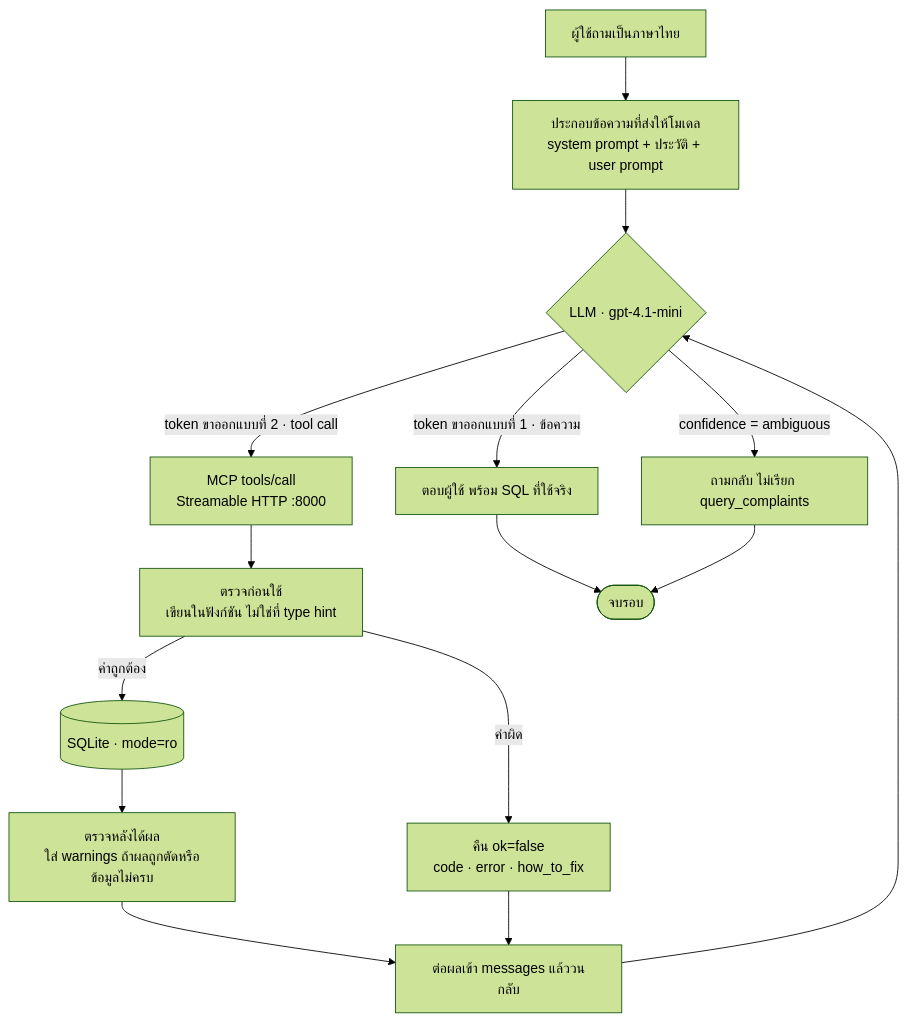
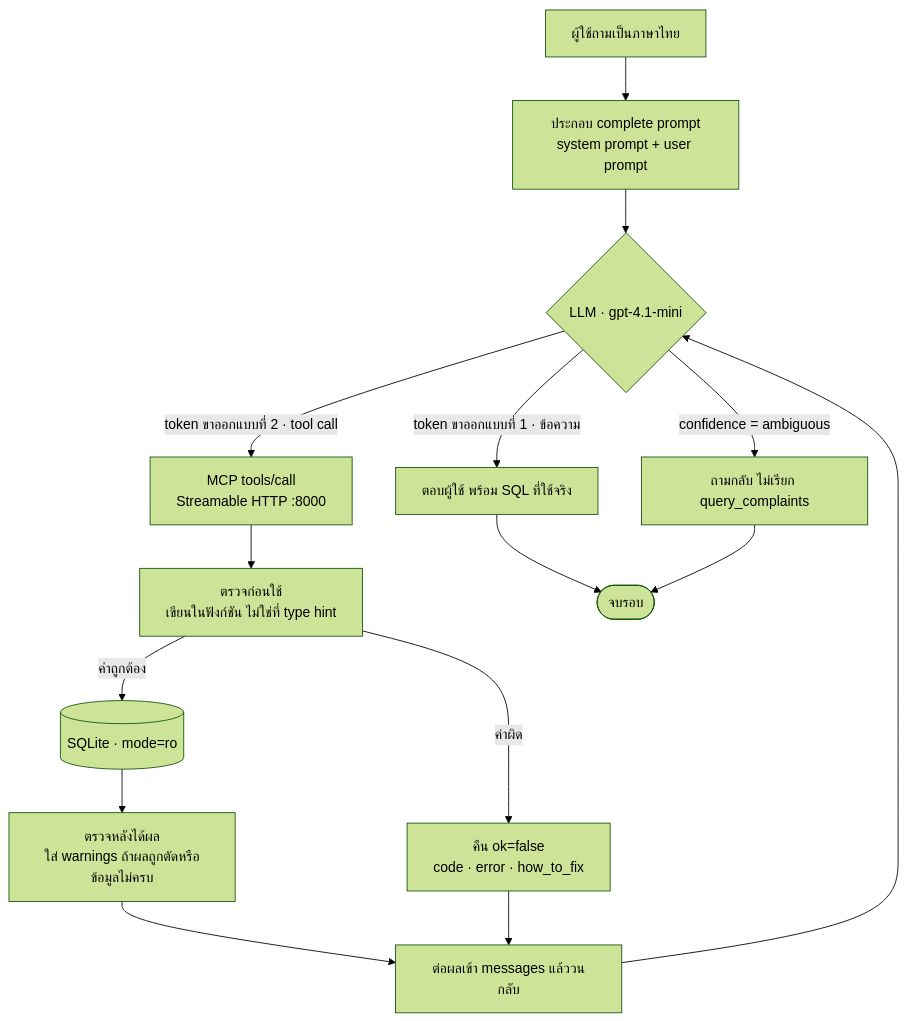
Before and after one commit to natthananmooo/nbtc-agent: the diagram in README.md, drawn with Mermaid (forest theme). The commit also changed other lines of this file, not shown here.

First line of the commit message:
เพิ่มคำว่า complete prompt ตามที่อาจารย์กำหนด

````diff
--- a/README.md
+++ b/README.md
@@ -143,22 +143,22 @@
 ```mermaid
 flowchart TD
-    U["ผู้ใช้ถามเป็นภาษาไทย"] --> P["ประกอบข้อความที่ส่งให้โมเดล<br/>system prompt + ประวัติ + user prompt"]
+    U["ผู้ใช้ถามเป็นภาษาไทย"] --> P["ประกอบ complete prompt<br/>system prompt + user prompt"]
     P --> L{"LLM · gpt-4.1-mini"}
 
     L -->|"token ขาออกแบบที่ 1 · ข้อความ"| ANS["ตอบผู้ใช้ พร้อม SQL ที่ใช้จริง"]
     L -->|"token ขาออกแบบที่ 2 · tool call"| MCP["MCP tools/call<br/>Streamable HTTP :8000"]
 
     MCP --> PRE["ตรวจก่อนใช้<br/>เขียนในฟังก์ชัน ไม่ใช่ที่ type hint"]
     PRE -->|"ค่าถูกต้อง"| DB[("SQLite · mode=ro")]
     PRE -->|"ค่าผิด"| ERR["คืน ok=false<br/>code · error · how_to_fix"]
 
     DB --> POST["ตรวจหลังได้ผล<br/>ใส่ warnings ถ้าผลถูกตัดหรือข้อมูลไม่ครบ"]
     POST --> BACK["ต่อผลเข้า messages แล้ววนกลับ"]
     ERR --> BACK
     BACK --> L
 
     L -->|"confidence = ambiguous"| ASK["ถามกลับ ไม่เรียก query_complaints"]
 
     ANS --> STOP(["จบรอบ"])
     ASK --> STOP
 ```
````
